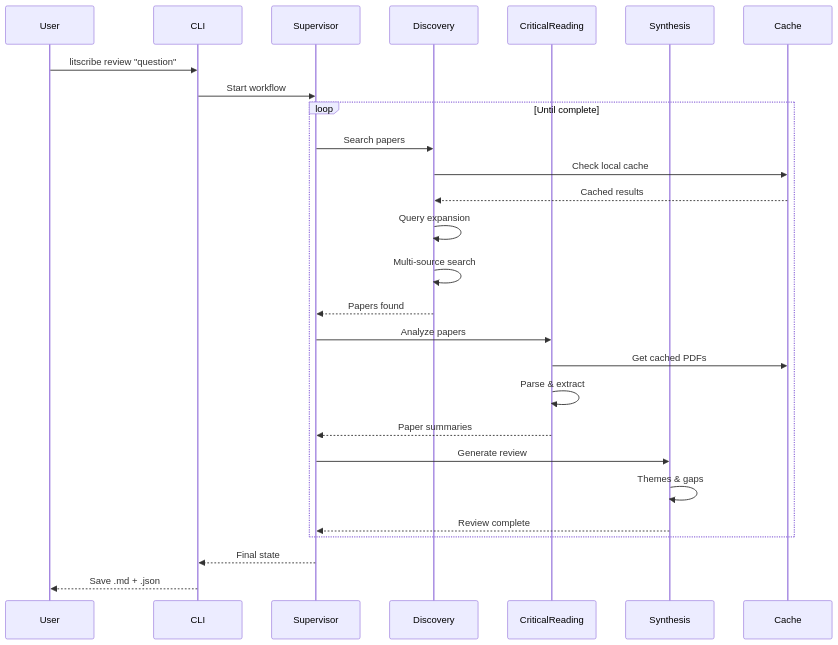
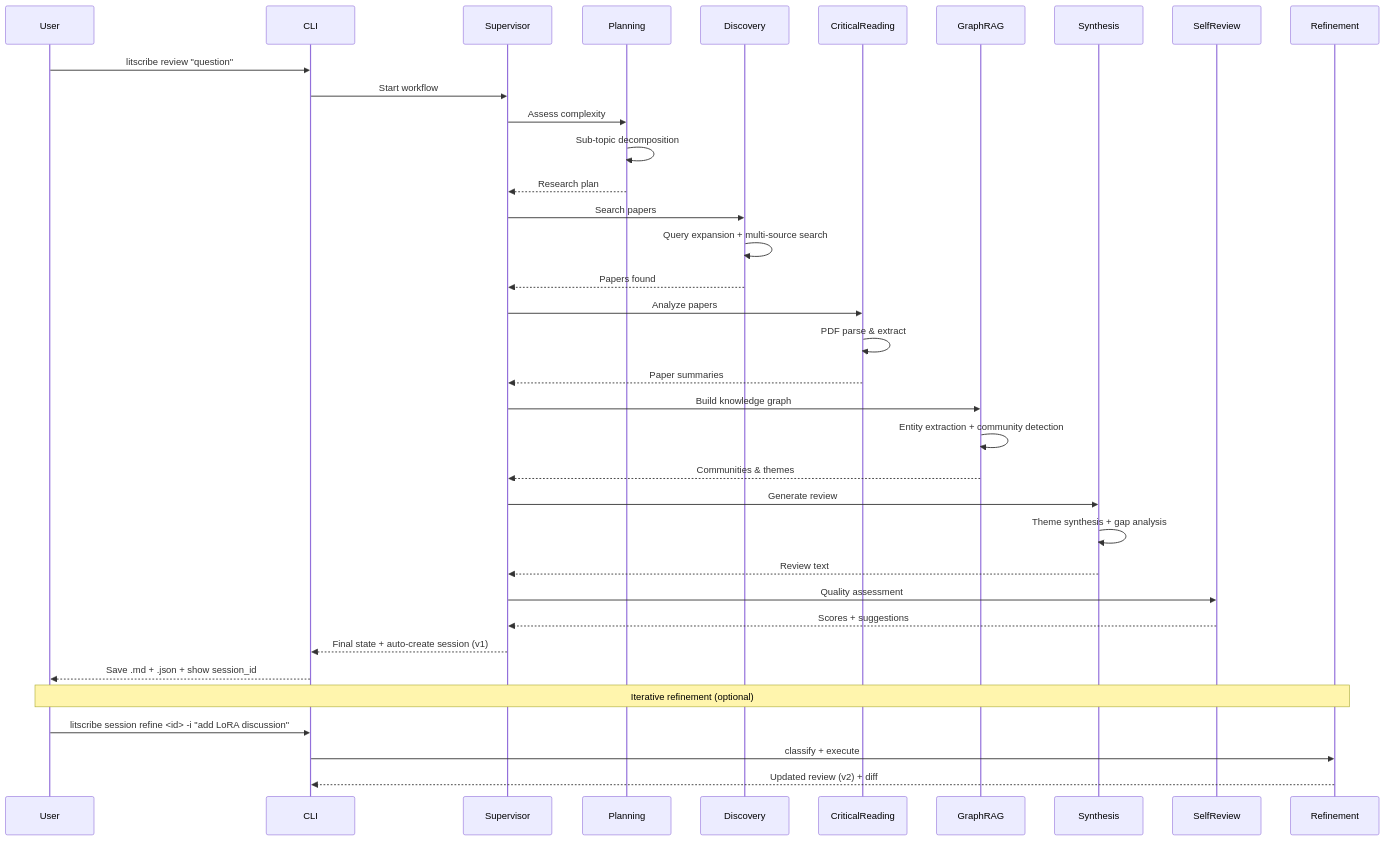
The diagram in README.md (arnold117/LitScribe), drawn with Mermaid before and after one commit. The commit also changed other lines of this file, not shown here.

````diff
--- a/README.md
+++ b/README.md
@@ -127,34 +157,47 @@
 ```mermaid
 sequenceDiagram
     participant User
     participant CLI
     participant Supervisor
+    participant Planning
     participant Discovery
     participant CriticalReading
+    participant GraphRAG
     participant Synthesis
-    participant Cache
+    participant SelfReview
+    participant Refinement
 
     User->>CLI: litscribe review "question"
     CLI->>Supervisor: Start workflow
 
-    loop Until complete
-        Supervisor->>Discovery: Search papers
-        Discovery->>Cache: Check local cache
-        Cache-->>Discovery: Cached results
-        Discovery->>Discovery: Query expansion
-        Discovery->>Discovery: Multi-source search
-        Discovery-->>Supervisor: Papers found
+    Supervisor->>Planning: Assess complexity
+    Planning->>Planning: Sub-topic decomposition
+    Planning-->>Supervisor: Research plan
 
-        Supervisor->>CriticalReading: Analyze papers
-        CriticalReading->>Cache: Get cached PDFs
-        CriticalReading->>CriticalReading: Parse & extract
-        CriticalReading-->>Supervisor: Paper summaries
+    Supervisor->>Discovery: Search papers
+    Discovery->>Discovery: Query expansion + multi-source search
+    Discovery-->>Supervisor: Papers found
 
-        Supervisor->>Synthesis: Generate review
-        Synthesis->>Synthesis: Themes & gaps
-        Synthesis-->>Supervisor: Review complete
-    end
+    Supervisor->>CriticalReading: Analyze papers
+    CriticalReading->>CriticalReading: PDF parse & extract
+    CriticalReading-->>Supervisor: Paper summaries
 
-    Supervisor-->>CLI: Final state
-    CLI-->>User: Save .md + .json
+    Supervisor->>GraphRAG: Build knowledge graph
+    GraphRAG->>GraphRAG: Entity extraction + community detection
+    GraphRAG-->>Supervisor: Communities & themes
+
+    Supervisor->>Synthesis: Generate review
+    Synthesis->>Synthesis: Theme synthesis + gap analysis
+    Synthesis-->>Supervisor: Review text
+
+    Supervisor->>SelfReview: Quality assessment
+    SelfReview-->>Supervisor: Scores + suggestions
+
+    Supervisor-->>CLI: Final state + auto-create session (v1)
+    CLI-->>User: Save .md + .json + show session_id
+
+    Note over User,Refinement: Iterative refinement (optional)
+    User->>CLI: litscribe session refine <id> -i "add LoRA discussion"
+    CLI->>Refinement: classify + execute
+    Refinement-->>CLI: Updated review (v2) + diff
 ```
````
